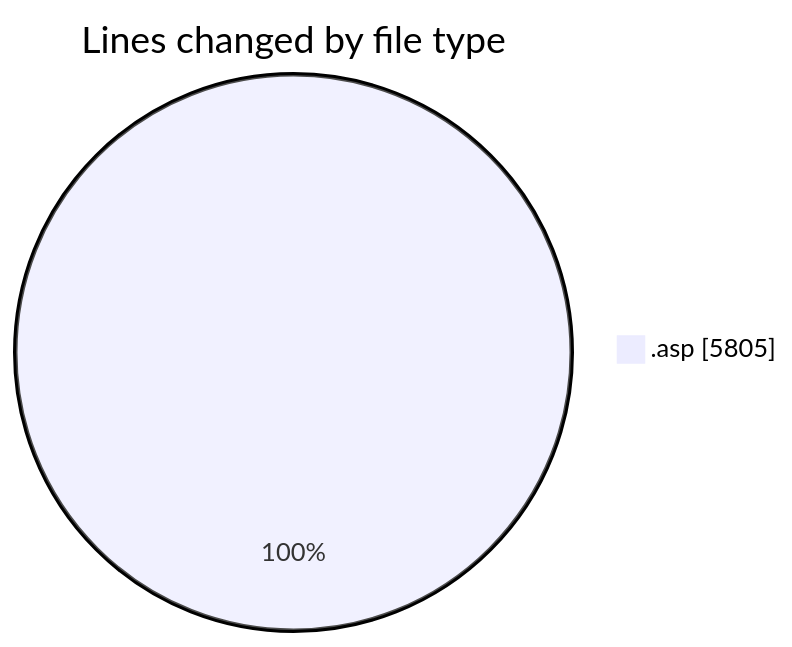
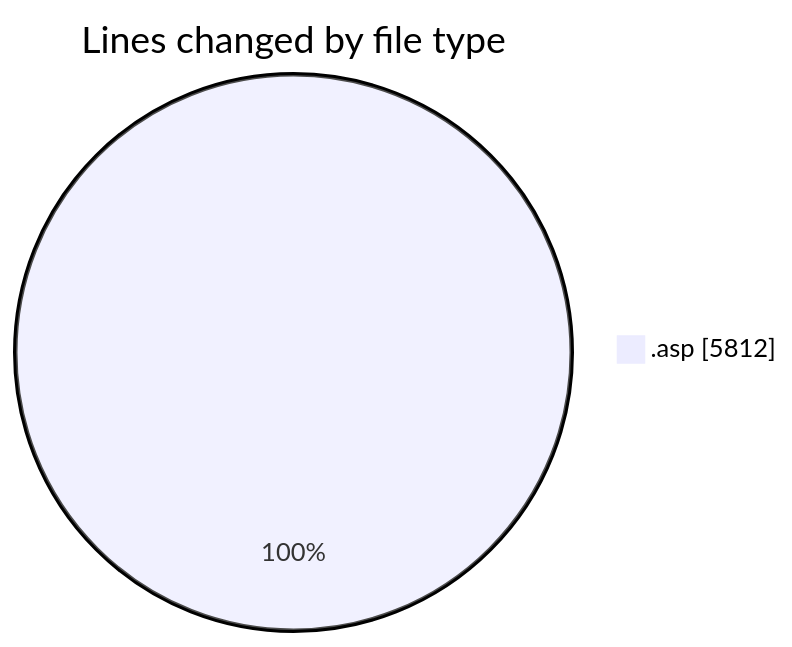
One commit to julien-gomy/code-tracking changed the first of 2 diagrams in 2025-10-17/cdp_aleoudev_fr__workspace_/README.md. Above: the diagram before and after it, drawn with Mermaid. The commit also changed other lines of this file and 1 other file, not shown here.

````diff
--- a/2025-10-17/cdp_aleoudev_fr__workspace_/README.md
+++ b/2025-10-17/cdp_aleoudev_fr__workspace_/README.md
@@ -27,5 +27,5 @@
 ```mermaid
 pie showData
 title Lines changed by file type
-".asp" : 5805
+".asp" : 5812
 ```
````
